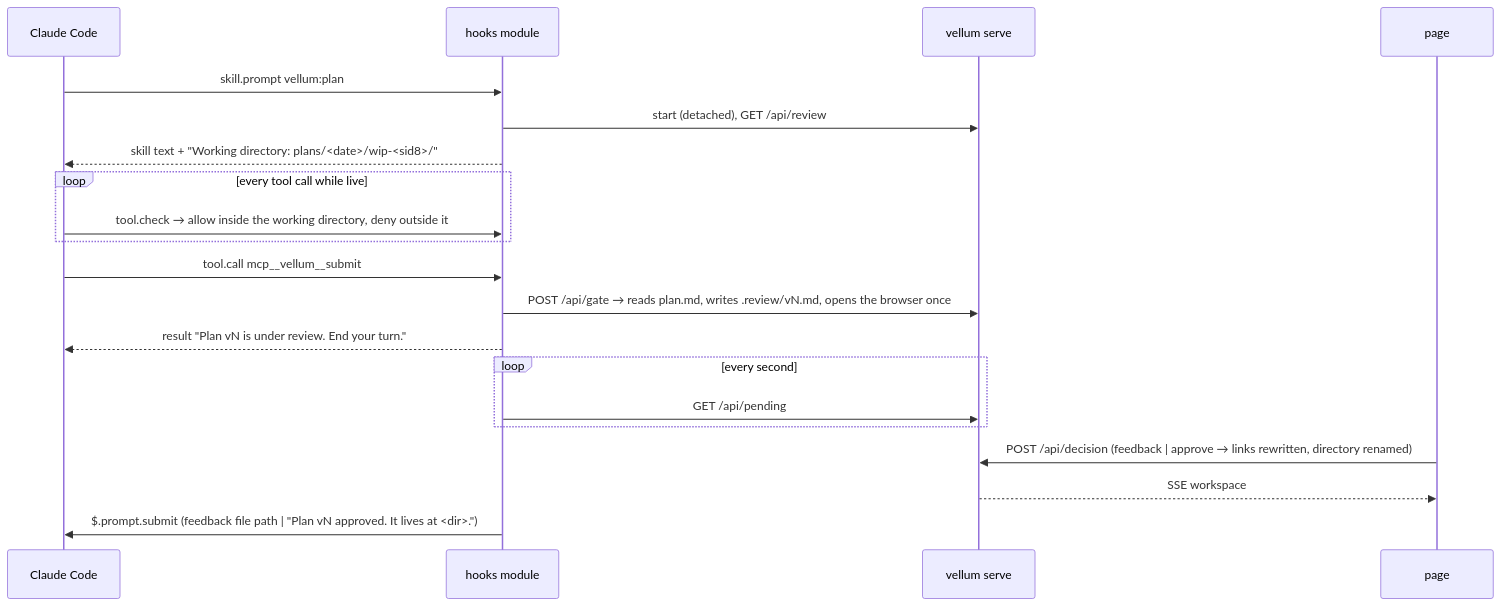
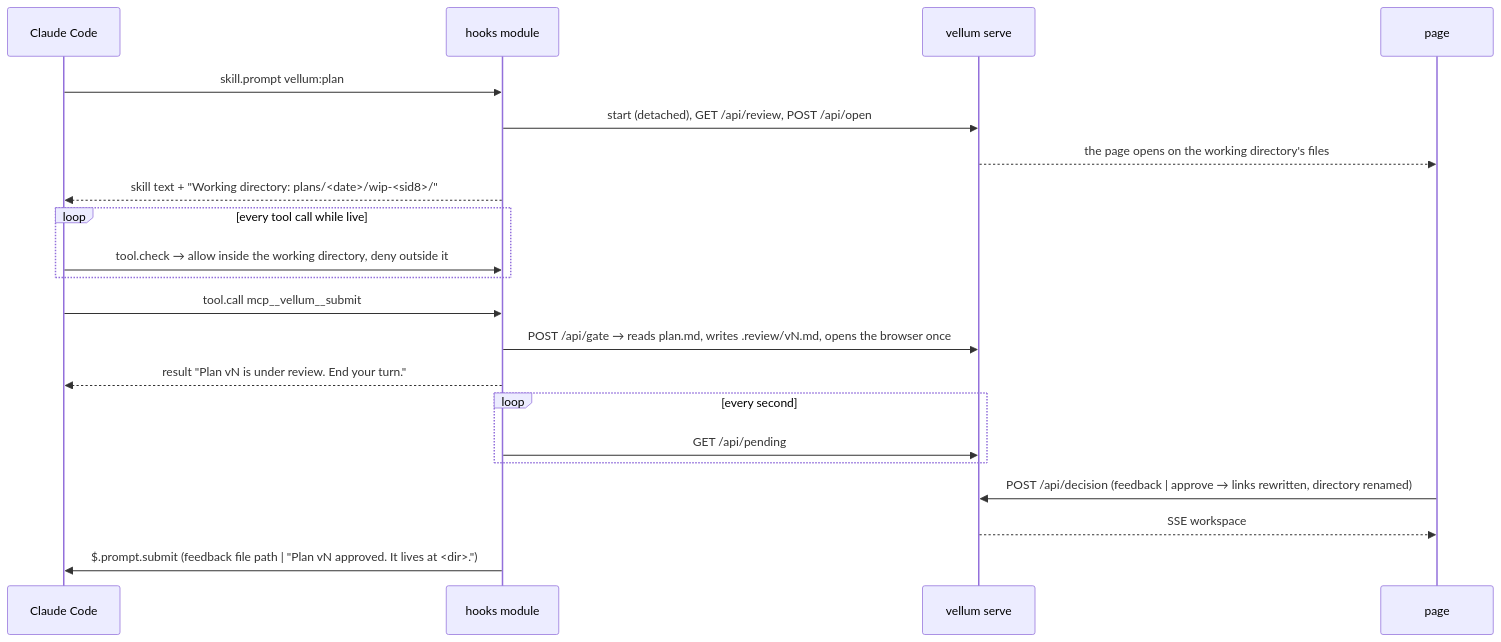
The second of 4 diagrams in vellum/docs/architecture.md (DYNOSuprovo/claude-code-plugins), drawn with Mermaid before and after one commit. The commit also changed other lines of this file and 20 other files, not shown here.

````diff
--- a/vellum/docs/architecture.md
+++ b/vellum/docs/architecture.md
@@ -81,22 +81,23 @@
 ```mermaid
 sequenceDiagram
   participant CC as Claude Code
   participant M as hooks module
   participant S as vellum serve
   participant B as page
   CC->>M: skill.prompt vellum:plan
-  M->>S: start (detached), GET /api/review
+  M->>S: start (detached), GET /api/review, POST /api/open
+  S-->>B: the page opens on the working directory's files
   M-->>CC: skill text + "Working directory: plans/<date>/wip-<sid8>/"
   loop every tool call while live
     CC->>M: tool.check → allow inside the working directory, deny outside it
   end
   CC->>M: tool.call mcp__vellum__submit
   M->>S: POST /api/gate → reads plan.md, writes .review/vN.md, opens the browser once
   M-->>CC: result "Plan vN is under review. End your turn."
   loop every second
     M->>S: GET /api/pending
   end
   B->>S: POST /api/decision (feedback | approve → links rewritten, directory renamed)
   S-->>B: SSE workspace
   M->>CC: $.prompt.submit (feedback file path | "Plan vN approved. It lives at <dir>.")
 ```
````
